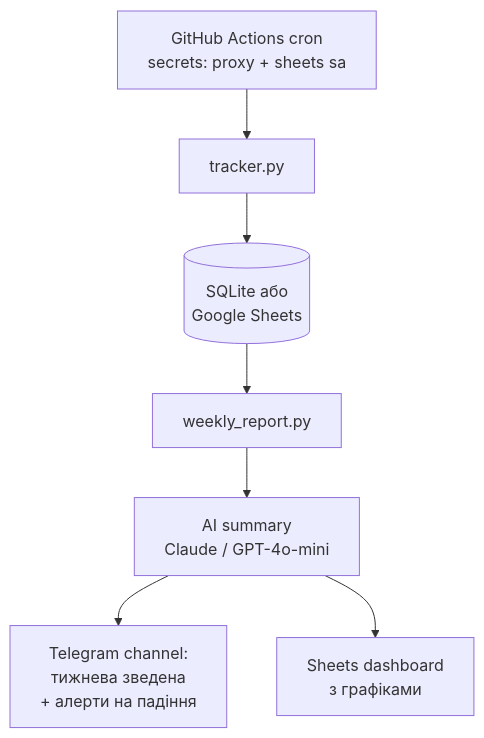
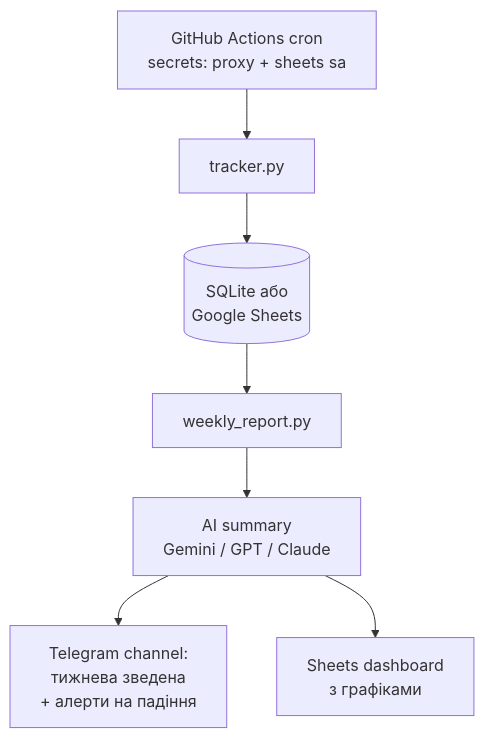
Before and after one commit to xhoxe2/craigslist-position-tracker: the second of 2 diagrams in docs/architecture.md, drawn with Mermaid. The commit also changed 3 other files, not shown here.

````diff
--- a/docs/architecture.md
+++ b/docs/architecture.md
@@ -37,10 +37,10 @@
 ```mermaid
 flowchart TB
     cron[GitHub Actions cron<br/>secrets: proxy + sheets sa]
     cron --> trk
     trk[tracker.py] --> store[(SQLite або<br/>Google Sheets)]
     store --> agg[weekly_report.py]
-    agg --> ai[AI summary<br/>Claude / GPT-4o-mini]
+    agg --> ai[AI summary<br/>Gemini / GPT / Claude]
     ai --> tg[Telegram channel:<br/>тижнева зведена<br/>+ алерти на падіння]
     ai --> sh[Sheets dashboard<br/>з графіками]
 ```
````
